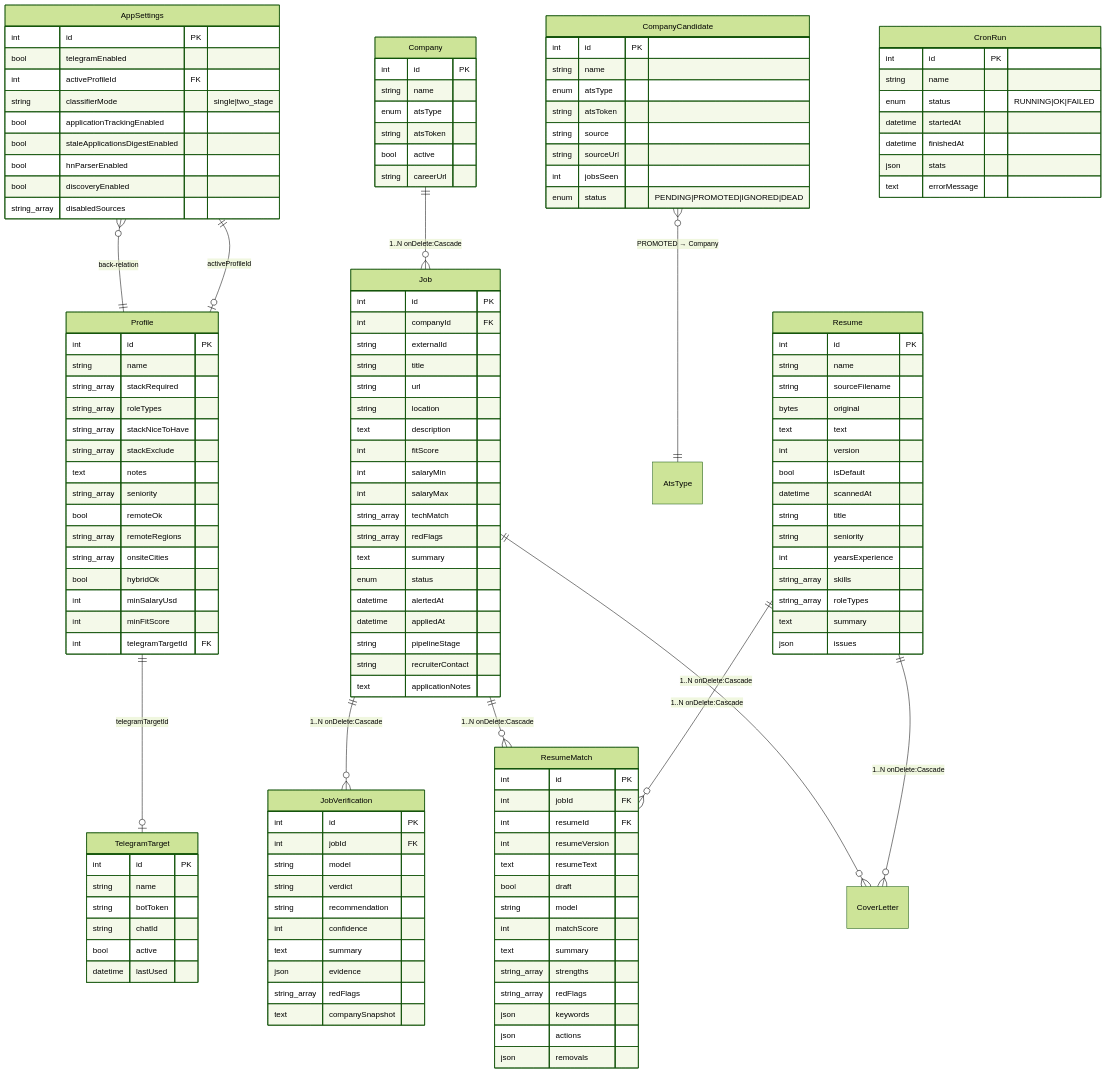
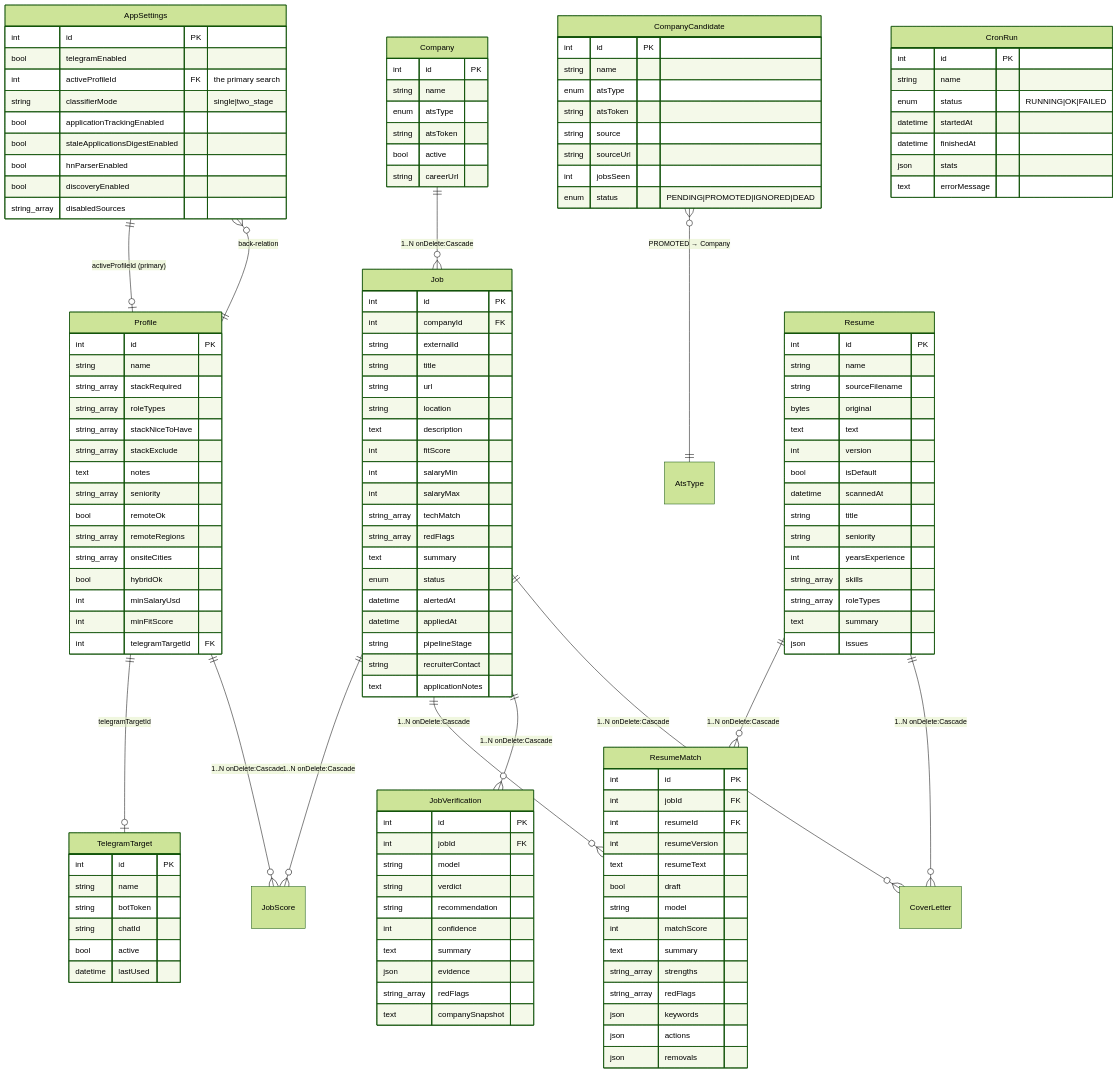
One commit to applypack/applypack changed the fifth of 5 diagrams in ARCHITECTURE.md. Above: the diagram before and after it, drawn with Mermaid (forest theme). The commit also changed other lines of this file and 8 other files, not shown here.

````diff
--- a/ARCHITECTURE.md
+++ b/ARCHITECTURE.md
@@ -352,8 +352,10 @@
 ```mermaid
 erDiagram
-  AppSettings ||--o| Profile : "activeProfileId"
+  AppSettings ||--o| Profile : "activeProfileId (primary)"
   Profile ||--o| TelegramTarget : "telegramTargetId"
   Profile ||--o{ AppSettings : "back-relation"
+  Profile ||--o{ JobScore : "1..N onDelete:Cascade"
+  Job ||--o{ JobScore : "1..N onDelete:Cascade"
   Company ||--o{ Job : "1..N onDelete:Cascade"
   CompanyCandidate }o--|| AtsType : "PROMOTED → Company"
   Resume ||--o{ ResumeMatch : "1..N onDelete:Cascade"
@@ -365,7 +367,7 @@
   AppSettings {
     int id PK
     bool telegramEnabled
-    int activeProfileId FK
+    int activeProfileId FK "the primary search"
     string classifierMode "single|two_stage"
     bool applicationTrackingEnabled
     bool staleApplicationsDigestEnabled
````
